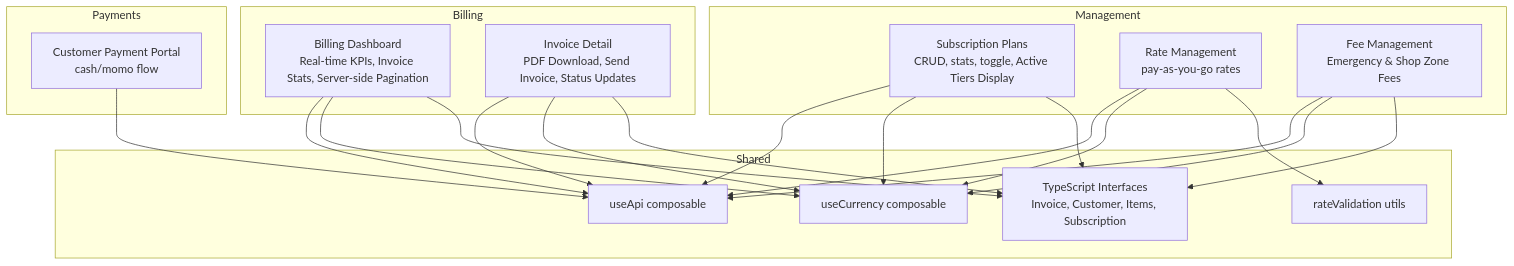
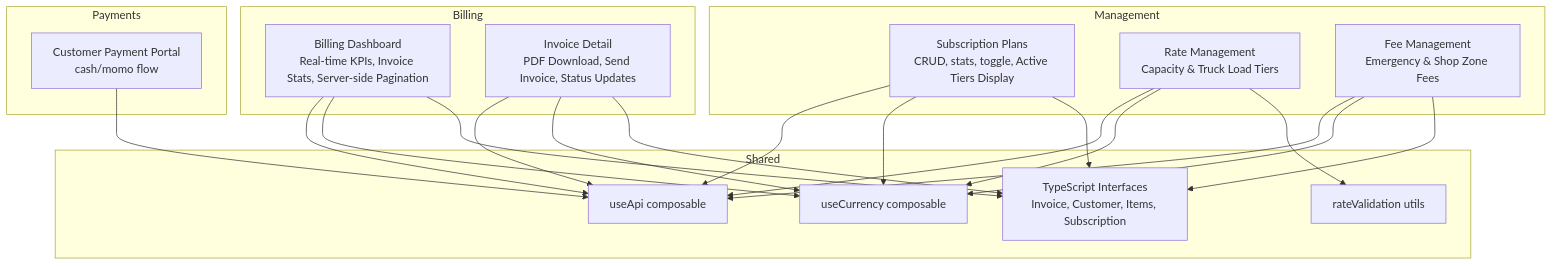
One commit to Lazynerd-Studios/lacarte-atlas-console changed the first of 3 diagrams in .qoder/repowiki/en/content/Business Modules/Billing & Subscriptions/Billing & Subscriptions.md. Above: the diagram before and after it, drawn with Mermaid. The commit also changed other lines of this file and 7 other files, not shown here.

````diff
--- a/.qoder/repowiki/en/content/Business Modules/Billing & Subscriptions/Billing & Subscriptions.md
+++ b/.qoder/repowiki/en/content/Business Modules/Billing & Subscriptions/Billing & Subscriptions.md
@@ -59,37 +55,37 @@
 ```mermaid
 graph TB
 subgraph "Billing"
 BIndex["Billing Dashboard<br/>Real-time KPIs, Invoice Stats, Server-side Pagination"]
 BDetail["Invoice Detail<br/>PDF Download, Send Invoice, Status Updates"]
 end
 subgraph "Management"
 SubPlans["Subscription Plans<br/>CRUD, stats, toggle, Active Tiers Display"]
-Rates["Rate Management<br/>pay-as-you-go rates"]
+Rates["Rate Management<br/>Capacity & Truck Load Tiers"]
 Fees["Fee Management<br/>Emergency & Shop Zone Fees"]
 end
 subgraph "Payments"
 PayPortal["Customer Payment Portal<br/>cash/momo flow"]
 end
 subgraph "Shared"
 Api["useApi composable"]
 Currency["useCurrency composable"]
 Validation["rateValidation utils"]
 Types["TypeScript Interfaces<br/>Invoice, Customer, Items, Subscription"]
 end
 BIndex --> Api
 BDetail --> Api
 SubPlans --> Api
 Rates --> Api
 Fees --> Api
 PayPortal --> Api
 BIndex --> Currency
 BDetail --> Currency
 SubPlans --> Currency
 Rates --> Currency
 Fees --> Currency
 Rates --> Validation
 BDetail --> Types
 BIndex --> Types
 SubPlans --> Types
 Fees --> Types
 ```
````
